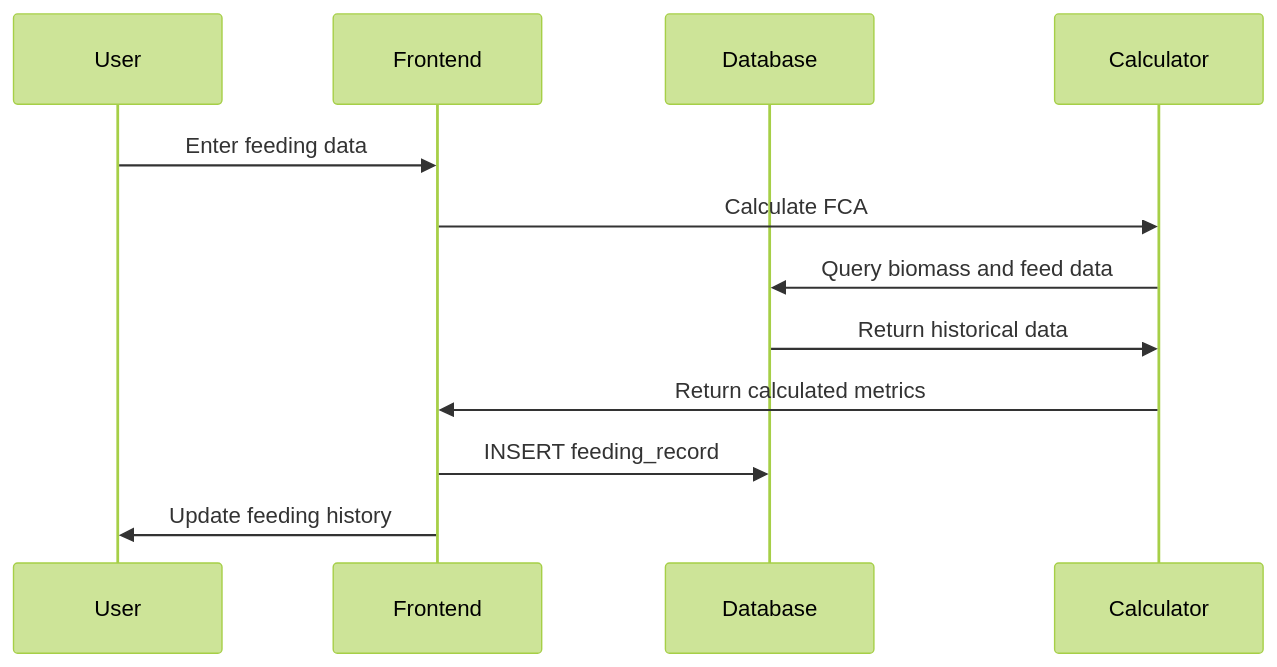
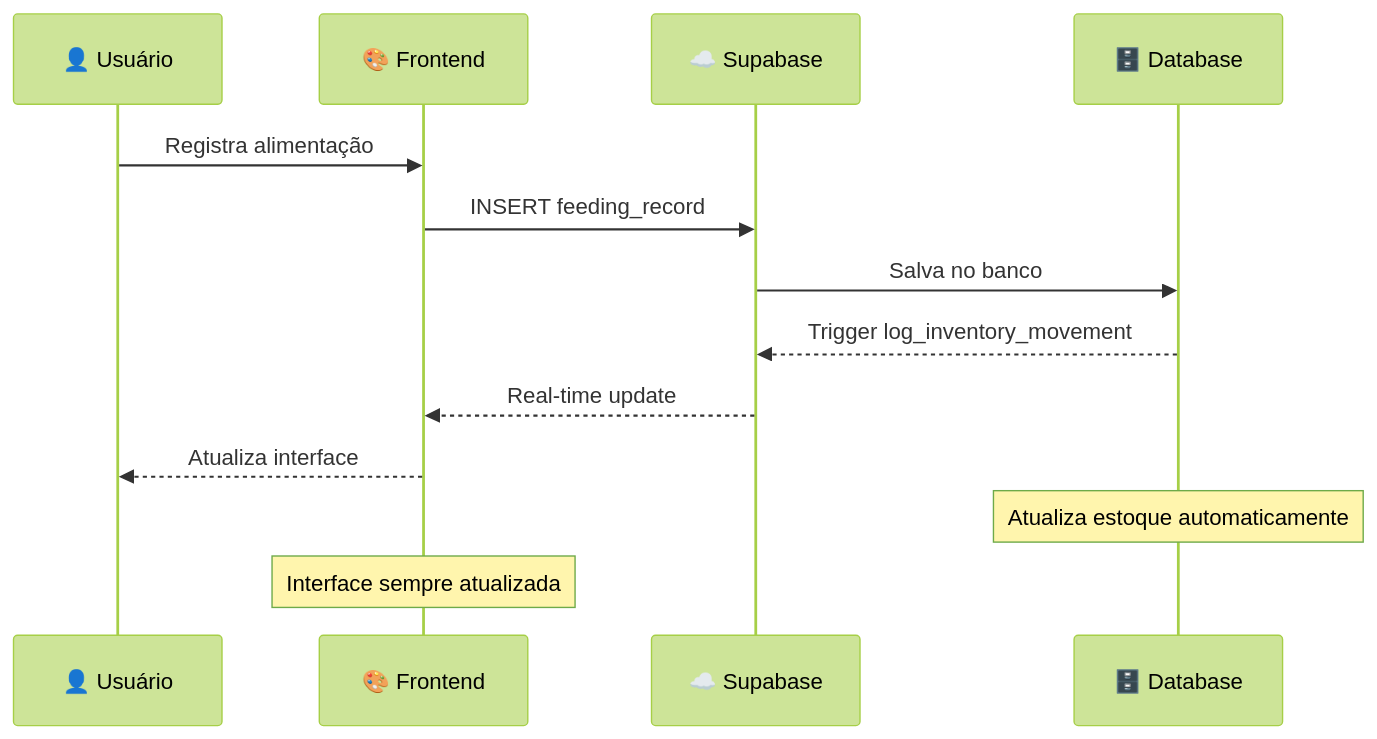
The fifth of 5 diagrams in DOCUMENTACAO.md (xtale55/geko-aguo-culture), drawn with Mermaid (forest theme) before and after one commit. The commit also changed other lines of this file, not shown here.

````diff
--- a/DOCUMENTACAO.md
+++ b/DOCUMENTACAO.md
@@ -964,15 +617,17 @@
 ```mermaid
 sequenceDiagram
-    participant U as User
-    participant F as Frontend
-    participant D as Database
-    participant C as Calculator
-
-    U->>F: Enter feeding data
-    F->>C: Calculate FCA
-    C->>D: Query biomass and feed data
-    D->>C: Return historical data
-    C->>F: Return calculated metrics
-    F->>D: INSERT feeding_record
-    F->>U: Update feeding history
+    participant U as 👤 Usuário
+    participant F as 🎨 Frontend
+    participant S as ☁️ Supabase
+    participant DB as 🗄️ Database
+    
+    U->>F: Registra alimentação
+    F->>S: INSERT feeding_record
+    S->>DB: Salva no banco
+    DB-->>S: Trigger log_inventory_movement
+    S-->>F: Real-time update
+    F-->>U: Atualiza interface
+    
+    Note over DB: Atualiza estoque automaticamente
+    Note over F: Interface sempre atualizada
 ```
````
